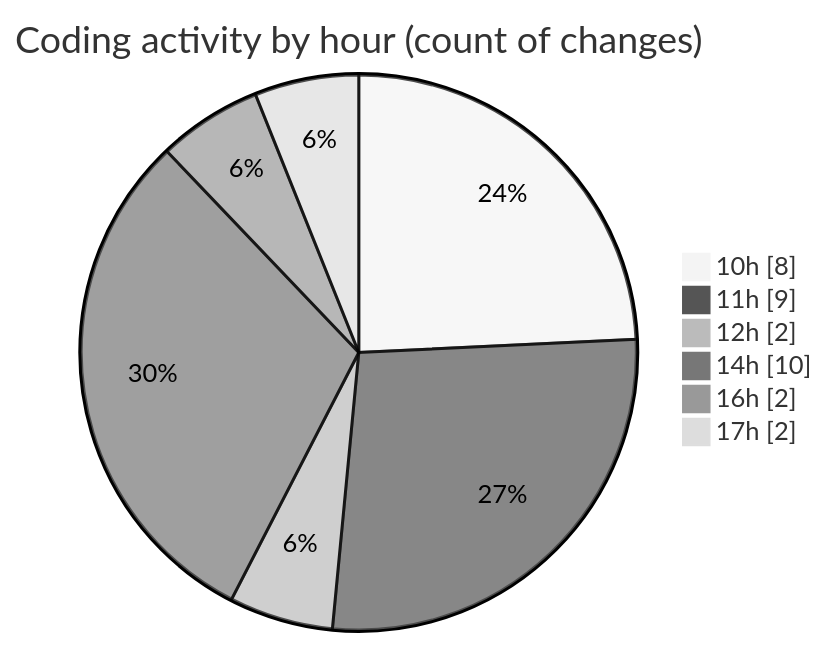
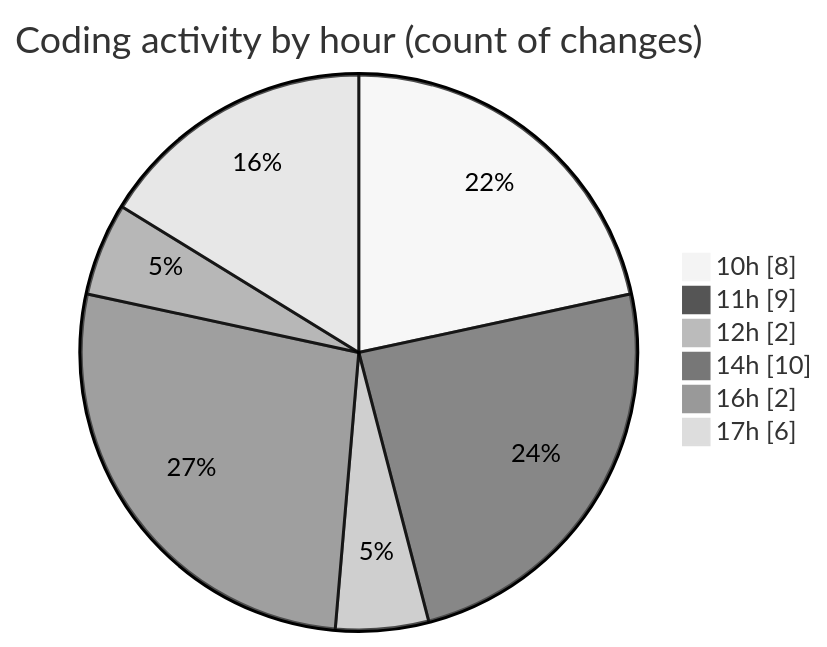
One commit to igalym/code-tracking changed the second of 2 diagrams in 2025-12-30/budget_front_nest/README.md. Above: the diagram before and after it, drawn with Mermaid (neutral theme). The commit also changed other lines of this file and 1 other file, not shown here.

````diff
--- a/2025-12-30/budget_front_nest/README.md
+++ b/2025-12-30/budget_front_nest/README.md
@@ -44,10 +44,10 @@
 ```mermaid
 pie showData
 title Coding activity by hour (count of changes)
 "10h" : 8
 "11h" : 9
 "12h" : 2
 "14h" : 10
 "16h" : 2
-"17h" : 2
+"17h" : 6
 ```
````
